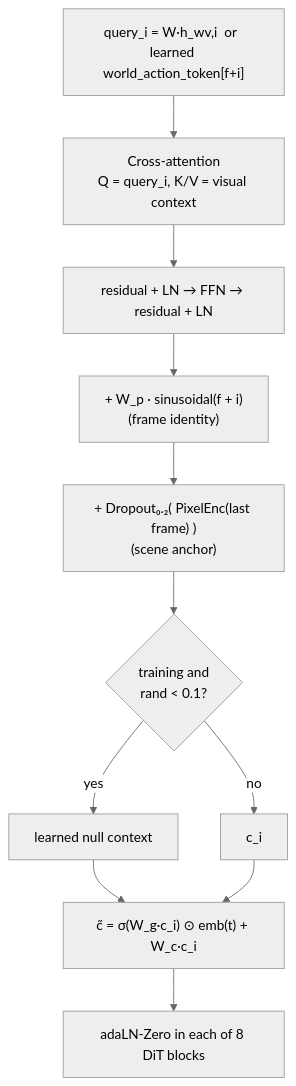
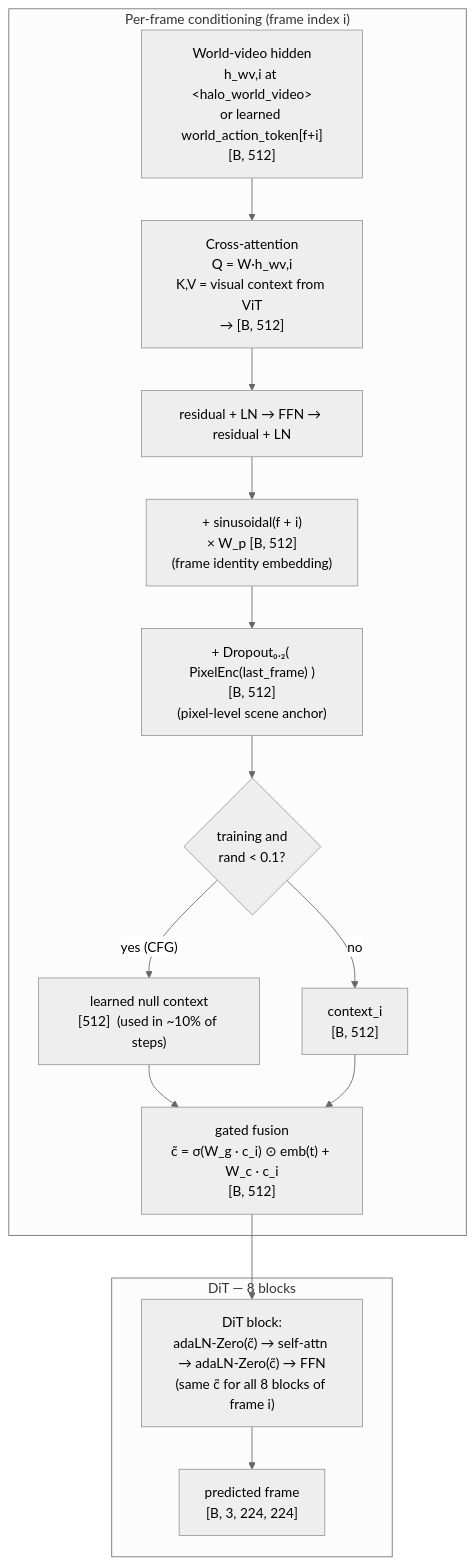
The fifth of 8 diagrams in docs/architecture.md (basaanithanaveenkumar/HALE-WAM), drawn with Mermaid (neutral theme) before and after one commit. The commit also changed other lines of this file and 1 other file, not shown here.

First line of the commit message:
docs: add laymen Mermaid overview to README and expand architecture.md

````diff
--- a/docs/architecture.md
+++ b/docs/architecture.md
@@ -45,13 +146,24 @@
 ```mermaid
 flowchart TB
-  Q["query_i = W·h_wv,i  or  learned world_action_token[f+i]"] --> CA["Cross-attention<br/>Q = query_i, K/V = visual context"]
-  CA --> FFN["residual + LN → FFN → residual + LN"]
-  FFN --> ADD1["+ W_p · sinusoidal(f + i)<br/>(frame identity)"]
-  ADD1 --> ADD2["+ Dropout₀.₂( PixelEnc(last frame) )<br/>(scene anchor)"]
-  ADD2 --> CFG{"training and<br/>rand &lt; 0.1?"}
-  CFG -->|yes| NULL["learned null context"]
-  CFG -->|no| CI["c_i"]
-  NULL --> GATE
-  CI --> GATE["c̃ = σ(W_g·c_i) ⊙ emb(t) + W_c·c_i"]
-  GATE --> ADALN["adaLN-Zero in each of 8 DiT blocks"]
+  subgraph COND["Per-frame conditioning (frame index i)"]
+    HWV["World-video hidden\nh_wv,i at &lt;halo_world_video&gt;\nor learned world_action_token[f+i]\n[B, 512]"]
+    XA["Cross-attention\nQ = W·h_wv,i\nK,V = visual context from ViT\n→ [B, 512]"]
+    FFN["residual + LN → FFN → residual + LN"]
+    FI["+ sinusoidal(f + i)\n× W_p  [B, 512]\n(frame identity embedding)"]
+    PENC["+ Dropout₀.₂( PixelEnc(last_frame) )\n[B, 512]\n(pixel-level scene anchor)"]
+    CFG{"training and\nrand < 0.1?"}
+    NULL["learned null context\n[512]  (used in ~10% of steps)"]
+    CI["context_i\n[B, 512]"]
+    GATE["gated fusion\nc̃ = σ(W_g · c_i) ⊙ emb(t) + W_c · c_i\n[B, 512]"]
+  end
+
+  subgraph DIT["DiT — 8 blocks"]
+    BLK["DiT block:\nadaLN-Zero(c̃) → self-attn → adaLN-Zero(c̃) → FFN\n(same c̃ for all 8 blocks of frame i)"]
+    OUT["predicted frame\n[B, 3, 224, 224]"]
+  end
+
+  HWV --> XA --> FFN --> FI --> PENC --> CFG
+  CFG -->|"yes (CFG)"| NULL --> GATE
+  CFG -->|"no"| CI --> GATE
+  GATE --> BLK --> OUT
 ```
````
